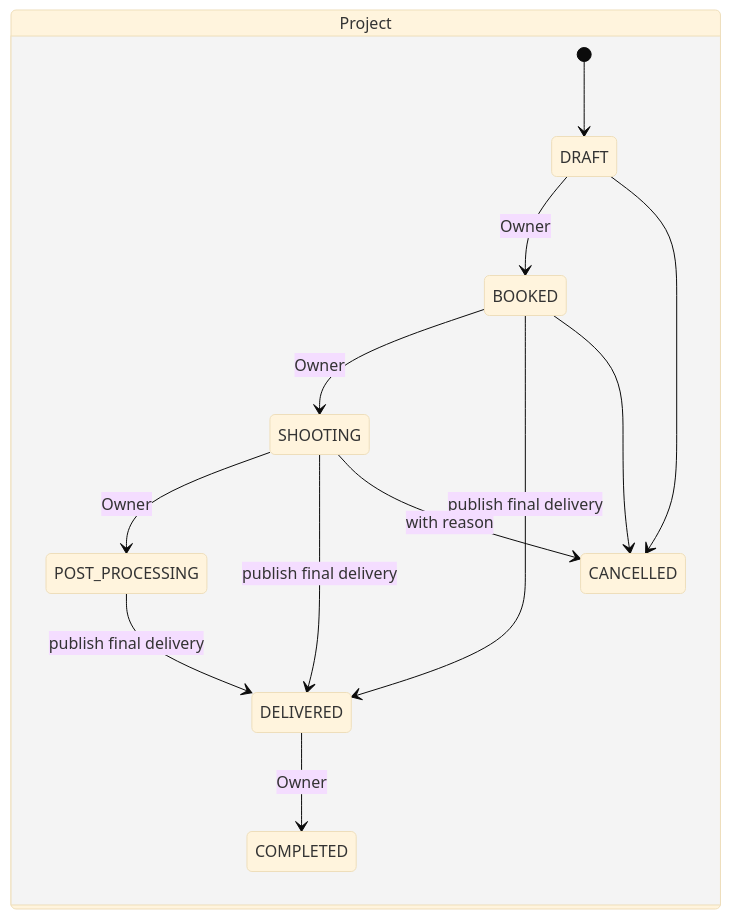
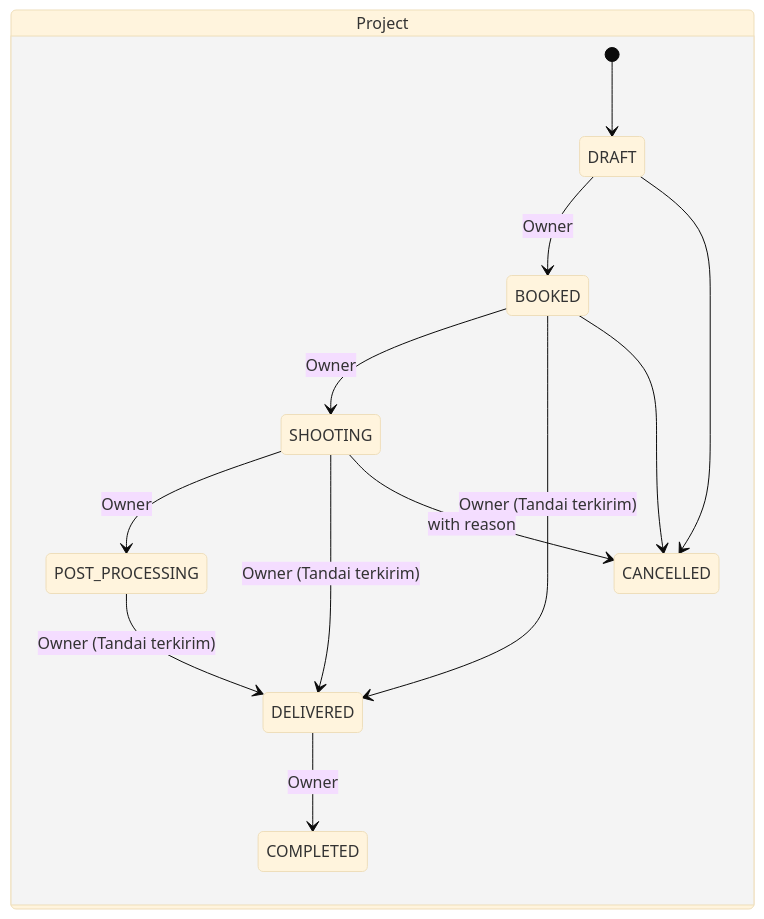
Before and after one commit to hardi-dev/shutrly-v0: the second of 4 diagrams in docs/domain/domain-model.md, drawn with Mermaid (base theme). The commit also changed 32 other files, not shown here.

Commit message:
docs(simplify-project-gallery-flow): design the status-free gallery, delivered step and share buttons

````diff
--- a/docs/domain/domain-model.md
+++ b/docs/domain/domain-model.md
@@ -90,16 +90,16 @@
 ```mermaid
 stateDiagram-v2
     state Project {
       [*] --> DRAFT
       DRAFT --> BOOKED : Owner
       BOOKED --> SHOOTING : Owner
       SHOOTING --> POST_PROCESSING : Owner
-      POST_PROCESSING --> DELIVERED : publish final delivery
-      BOOKED --> DELIVERED : publish final delivery
-      SHOOTING --> DELIVERED : publish final delivery
+      POST_PROCESSING --> DELIVERED : Owner (Tandai terkirim)
+      BOOKED --> DELIVERED : Owner (Tandai terkirim)
+      SHOOTING --> DELIVERED : Owner (Tandai terkirim)
       DELIVERED --> COMPLETED : Owner
       DRAFT --> CANCELLED
       BOOKED --> CANCELLED
       SHOOTING --> CANCELLED : with reason
     }
 ```
````
